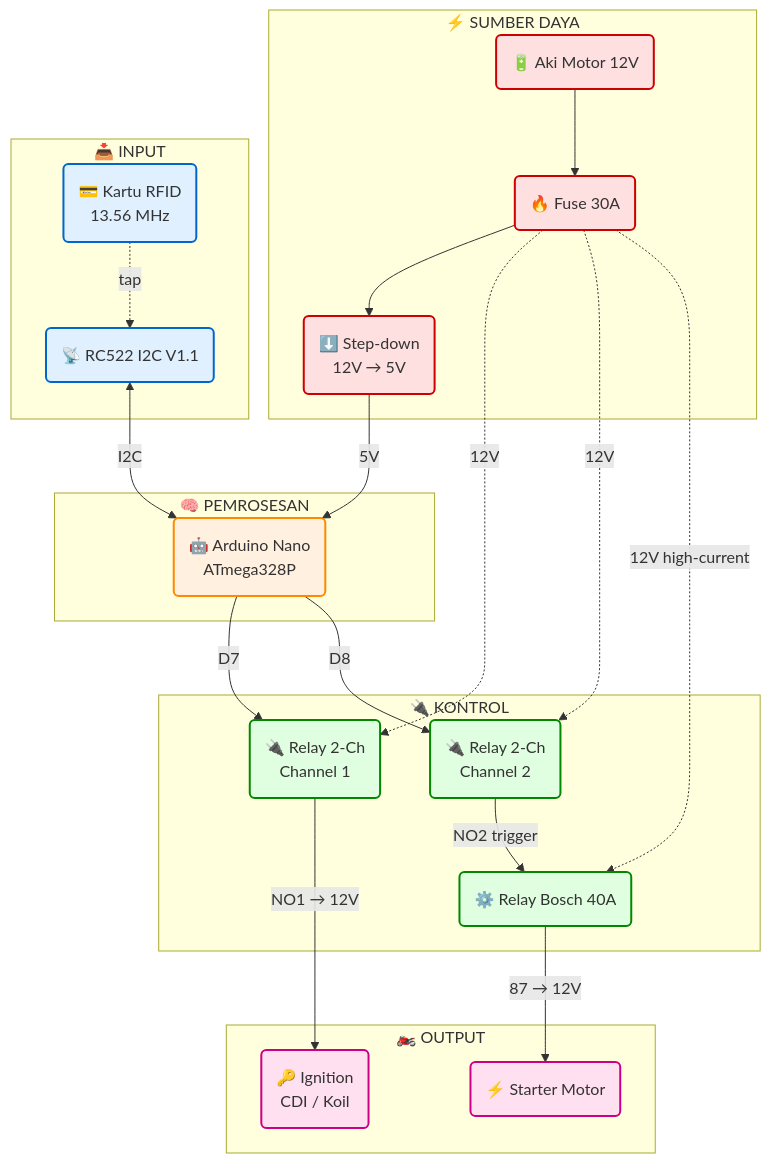
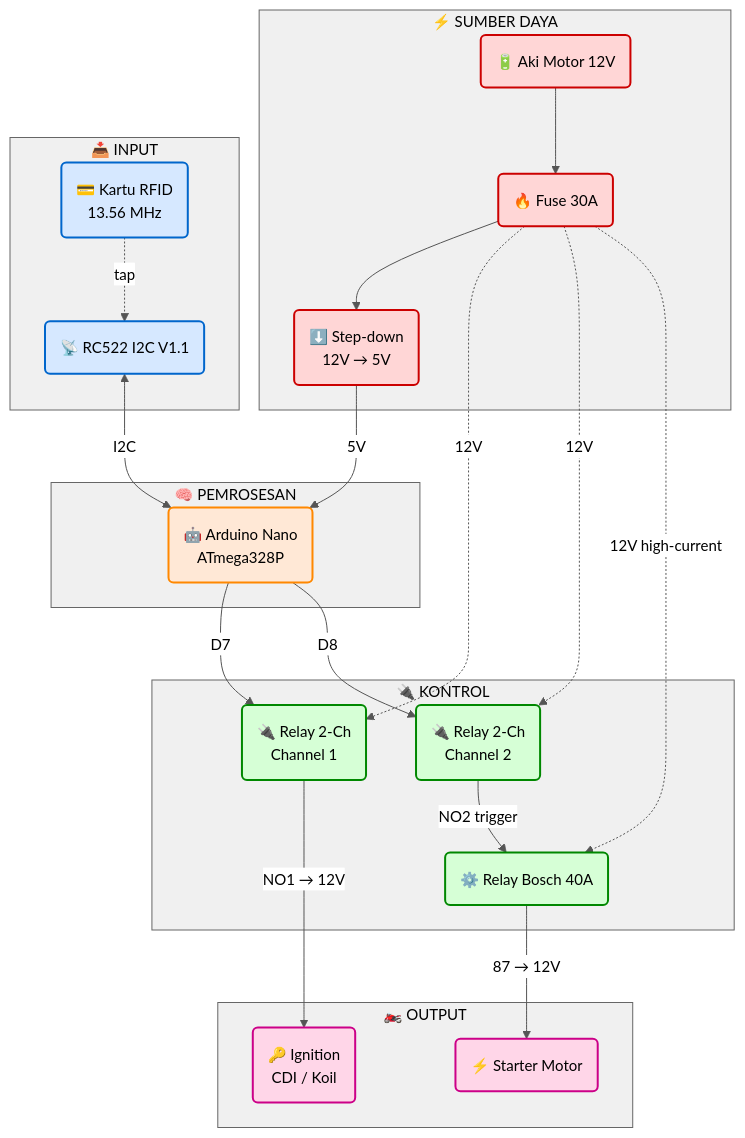
One commit to umarovk/SIKAMOT changed the first of 10 diagrams in motor_starter/DIAGRAM_MERMAID.md. Above: the diagram before and after it, drawn with Mermaid. The commit also changed other lines of this file, not shown here.

First line of the commit message:
style(diagram): force readable text on GitHub dark mode

````diff
--- a/motor_starter/DIAGRAM_MERMAID.md
+++ b/motor_starter/DIAGRAM_MERMAID.md
@@ -9,58 +9,59 @@
 ```mermaid
+%%{init: {'theme':'base', 'themeVariables': {'primaryColor':'#ffffff','primaryTextColor':'#000000','primaryBorderColor':'#333333','lineColor':'#555555','secondaryColor':'#ffffff','tertiaryColor':'#f8f8f8','clusterBkg':'#f0f0f0','clusterBorder':'#666666','titleColor':'#000000','edgeLabelBackground':'#ffffff','fontSize':'15px'}}}%%
 flowchart TB
     subgraph SRC["⚡ SUMBER DAYA"]
         AKI("🔋 Aki Motor 12V")
         FUSE("🔥 Fuse 30A")
         STEP("⬇️ Step-down<br/>12V → 5V")
     end
 
     subgraph INPUT["📥 INPUT"]
         CARD("💳 Kartu RFID<br/>13.56 MHz")
         READER("📡 RC522 I2C V1.1")
     end
 
     subgraph BRAIN["🧠 PEMROSESAN"]
         NANO("🤖 Arduino Nano<br/>ATmega328P")
     end
 
     subgraph CTRL["🔌 KONTROL"]
         REL1("🔌 Relay 2-Ch<br/>Channel 1")
         REL2("🔌 Relay 2-Ch<br/>Channel 2")
         BOSCH("⚙️ Relay Bosch 40A")
     end
 
     subgraph OUTPUT["🏍️ OUTPUT"]
         IGN("🔑 Ignition<br/>CDI / Koil")
         STARTER("⚡ Starter Motor")
     end
 
     AKI --> FUSE
     FUSE --> STEP
     FUSE -.->|"12V"| REL1
     FUSE -.->|"12V"| REL2
     FUSE -.->|"12V high-current"| BOSCH
 
     STEP -->|"5V"| NANO
 
     CARD -.->|"tap"| READER
     READER <-->|"I2C"| NANO
 
     NANO -->|"D7"| REL1
     NANO -->|"D8"| REL2
 
     REL1 -->|"NO1 → 12V"| IGN
     REL2 -->|"NO2 trigger"| BOSCH
     BOSCH -->|"87 → 12V"| STARTER
 
-    classDef power fill:#ffe0e0,stroke:#c00,stroke-width:2px
-    classDef input fill:#e0f0ff,stroke:#06c,stroke-width:2px
-    classDef brain fill:#fff0e0,stroke:#f80,stroke-width:2px
-    classDef ctrl fill:#e0ffe0,stroke:#080,stroke-width:2px
-    classDef output fill:#ffe0f0,stroke:#c08,stroke-width:2px
+    classDef power fill:#ffd6d6,stroke:#cc0000,stroke-width:2px,color:#000000
+    classDef input fill:#d6e8ff,stroke:#0066cc,stroke-width:2px,color:#000000
+    classDef brain fill:#ffe8d6,stroke:#ff8800,stroke-width:2px,color:#000000
+    classDef ctrl fill:#d6ffd6,stroke:#008800,stroke-width:2px,color:#000000
+    classDef output fill:#ffd6e8,stroke:#cc0088,stroke-width:2px,color:#000000
 
     class AKI,FUSE,STEP power
     class CARD,READER input
     class NANO brain
     class REL1,REL2,BOSCH ctrl
     class IGN,STARTER output
 ```
````
